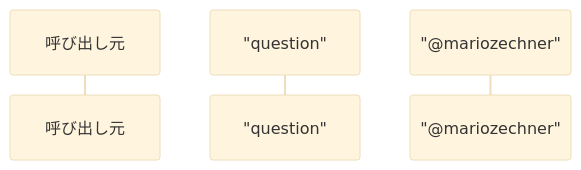
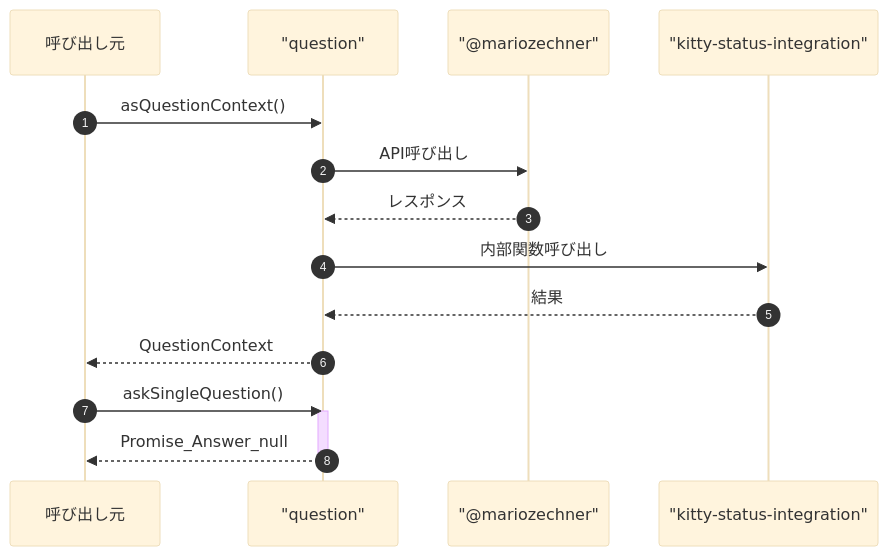
Before and after one commit to Mekann2904/mekann: the fifth of 5 diagrams in ABDD/.pi/extensions/question.md, drawn with Mermaid (base theme). The commit also changed other lines of this file and 189 other files, not shown here.

````diff
--- a/ABDD/.pi/extensions/question.md
+++ b/ABDD/.pi/extensions/question.md
@@ -139,8 +193,20 @@
 ```mermaid
 sequenceDiagram
   autonumber
   participant Caller as 呼び出し元
   participant question as "question"
   participant mariozechner as "@mariozechner"
+  participant kitty_status_integration as "kitty-status-integration"
 
+  Caller->>question: asQuestionContext()
+  question->>mariozechner: API呼び出し
+  mariozechner-->>question: レスポンス
+  question->>kitty_status_integration: 内部関数呼び出し
+  kitty_status_integration-->>question: 結果
+  question-->>Caller: QuestionContext
+
+  Caller->>question: askSingleQuestion()
+  activate question
+  question-->>Caller: Promise_Answer_null
+  deactivate question
 ```
````
